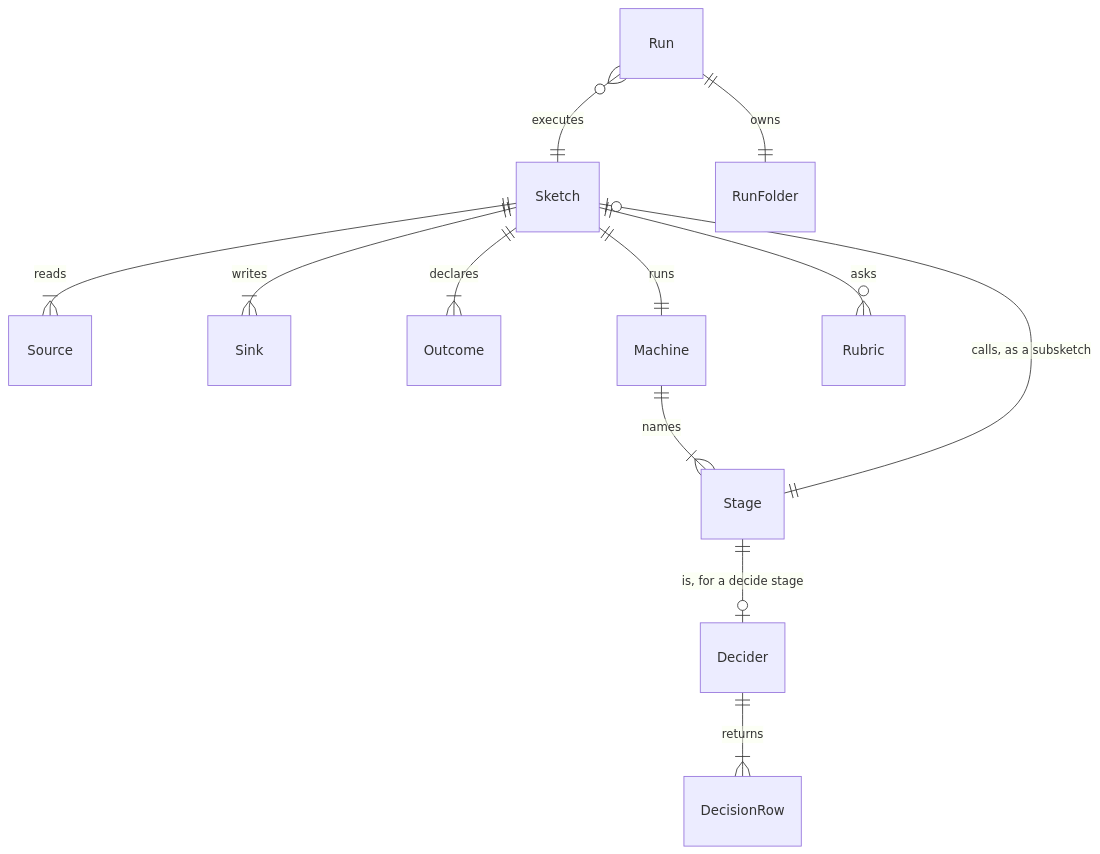
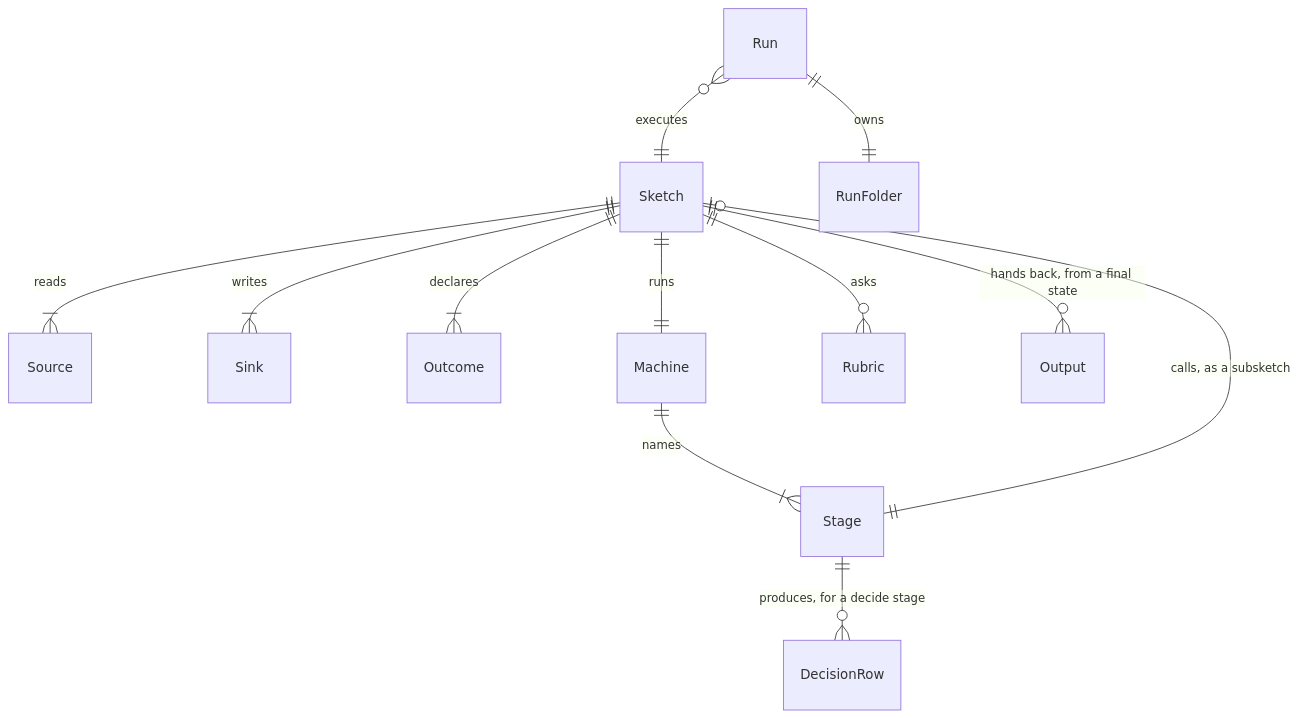
The first of 2 diagrams in docs/DOMAIN.md (drusifer/understudy), drawn with Mermaid before and after one commit. The commit also changed other lines of this file and 3 other files, not shown here.

````diff
--- a/docs/DOMAIN.md
+++ b/docs/DOMAIN.md
@@ -62,14 +63,14 @@
 ```mermaid
 erDiagram
     Sketch ||--|{ Source : reads
     Sketch ||--|{ Sink : writes
     Sketch ||--|{ Outcome : declares
     Sketch ||--|| Machine : runs
     Sketch ||--o{ Rubric : asks
     Machine ||--|{ Stage : names
-    Stage ||--o| Decider : "is, for a decide stage"
+    Stage ||--o{ DecisionRow : "produces, for a decide stage"
     Stage ||--o| Sketch : "calls, as a subsketch"
-    Decider ||--|{ DecisionRow : returns
+    Sketch ||--o{ Output : "hands back, from a final state"
     Run }o--|| Sketch : executes
     Run ||--|| RunFolder : owns
 ```
````
